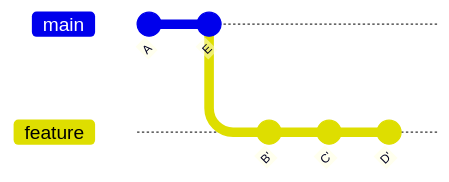
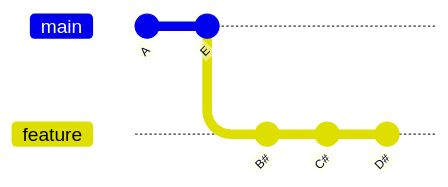
Before and after one commit to lizsalmon/iCSC-Git-talk: diagram 19 of 24 in slides.md, drawn with Mermaid. The commit also changed other lines of this file and 2 other files, not shown here.

````diff
--- a/slides.md
+++ b/slides.md
@@ -1279,10 +1298,10 @@
 ```mermaid
 gitGraph
   commit id: "A"
   commit id: "E"
   branch feature
   checkout feature
-  commit id: "B'"
-  commit id: "C'"
-  commit id: "D'"
+  commit id: "B#"
+  commit id: "C#"
+  commit id: "D#"
 ```
````
